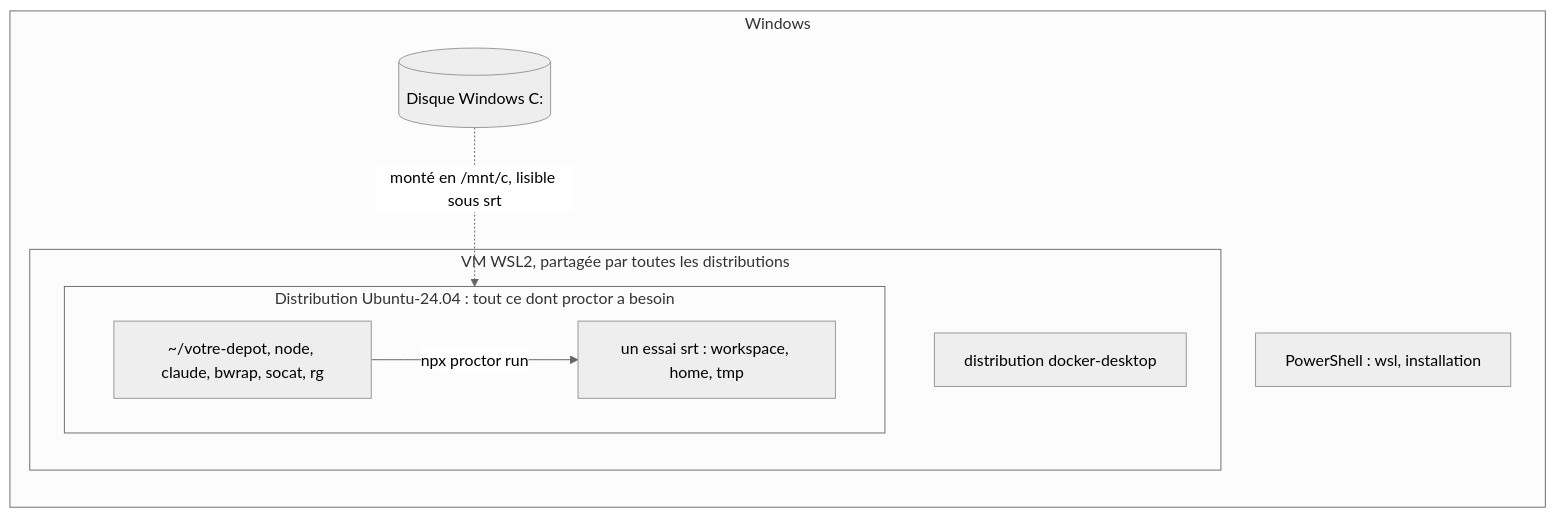
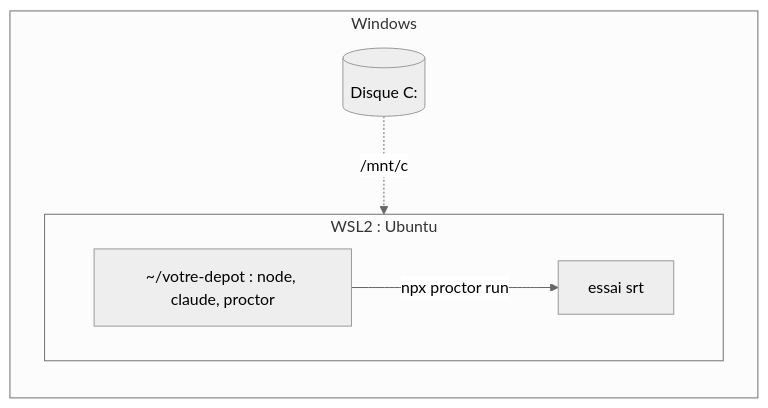
Before and after one commit to Luce-Florian/proctor: the diagram in docs/fr/windows.md, drawn with Mermaid (neutral theme). The commit also changed other lines of this file and 1 other file, not shown here.

First line of the commit message:
docs: rewrite the Windows page as a short setup guide

````diff
--- a/docs/fr/windows.md
+++ b/docs/fr/windows.md
@@ -5,16 +5,12 @@
 ```mermaid
 flowchart LR
     subgraph Windows
-        PS["PowerShell : wsl, installation"]
-        C[("Disque Windows C:")]
-        subgraph VM["VM WSL2, partagée par toutes les distributions"]
-            subgraph Ubuntu["Distribution Ubuntu-24.04 : tout ce dont proctor a besoin"]
-                R["~/votre-depot, node, claude, bwrap, socat, rg"]
-                T["un essai srt : workspace, home, tmp"]
-                R -- "npx proctor run" --> T
-            end
-            D["distribution docker-desktop"]
+        C[("Disque C:")]
+        subgraph WSL2["WSL2 : Ubuntu"]
+            R["~/votre-depot : node, claude, proctor"]
+            T["essai srt"]
+            R -- "npx proctor run" --> T
         end
-        C -. "monté en /mnt/c, lisible sous srt" .-> Ubuntu
+        C -. "/mnt/c" .-> WSL2
     end
 ```
````
